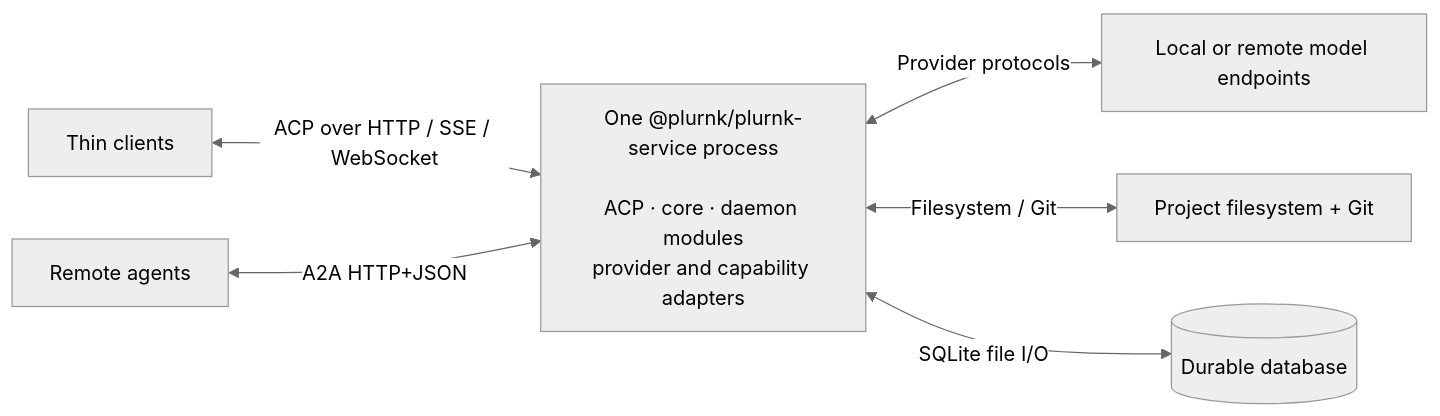
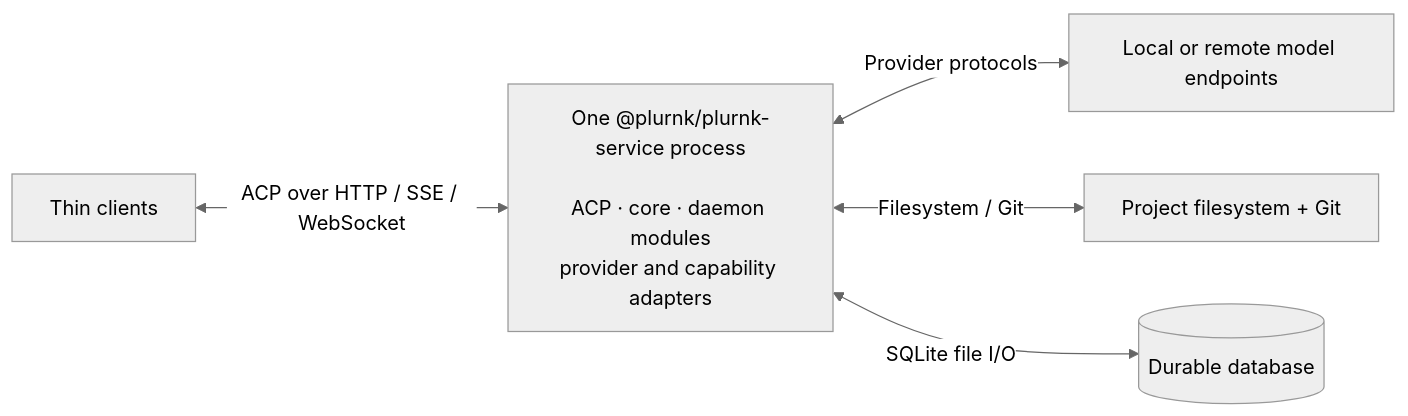
One commit to plurnk/plurnk-service changed the fourth of 5 diagrams in ARCHITECTURE.md. Above: the diagram before and after it, drawn with Mermaid (neutral theme). The commit also changed other lines of this file and 126 other files, not shown here.

````diff
--- a/ARCHITECTURE.md
+++ b/ARCHITECTURE.md
@@ -351,8 +347,7 @@
 ```mermaid
 flowchart LR
     clients["Thin clients"] <-->|ACP over HTTP / SSE / WebSocket| daemon["One @plurnk/plurnk-service process<br/><br/>ACP · core · daemon modules<br/>provider and capability adapters"]
-    agents["Remote agents"] <-->|A2A HTTP+JSON| daemon
     daemon <-->|Provider protocols| endpoints["Local or remote model endpoints"]
     daemon <-->|Filesystem / Git| project["Project filesystem + Git"]
     daemon <-->|SQLite file I/O| database[(Durable database)]
 ```
````
